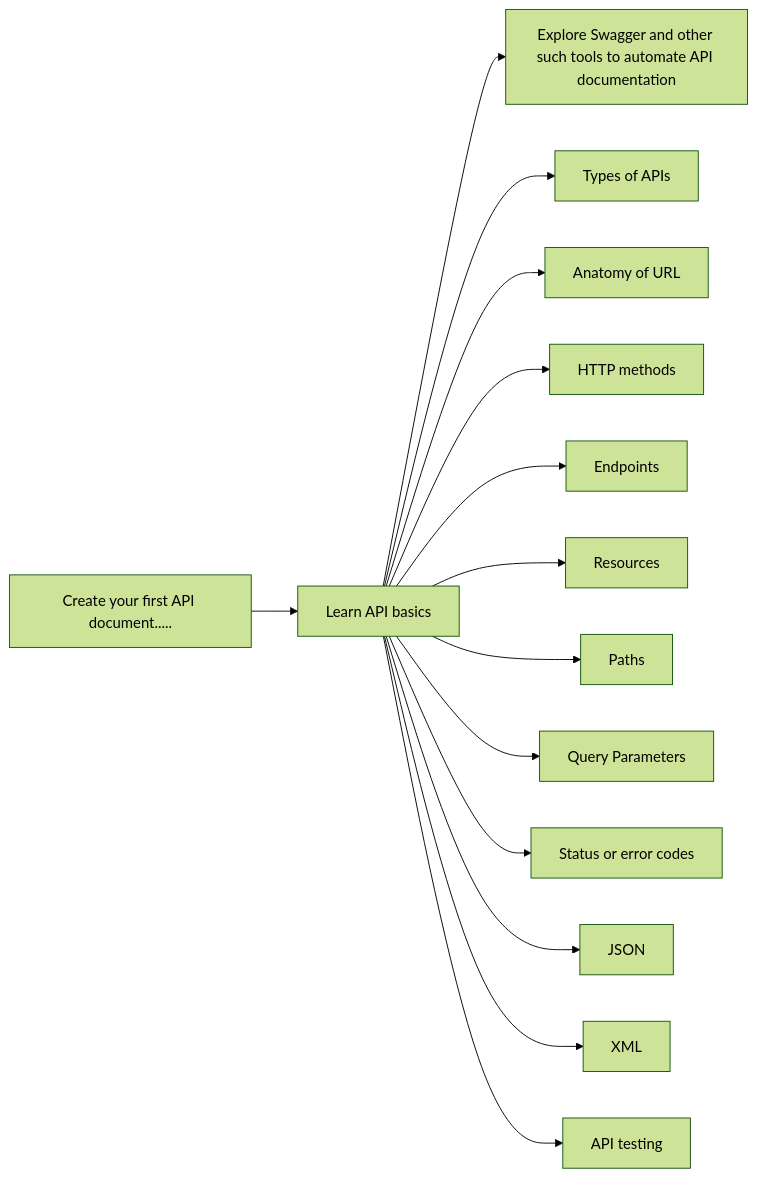
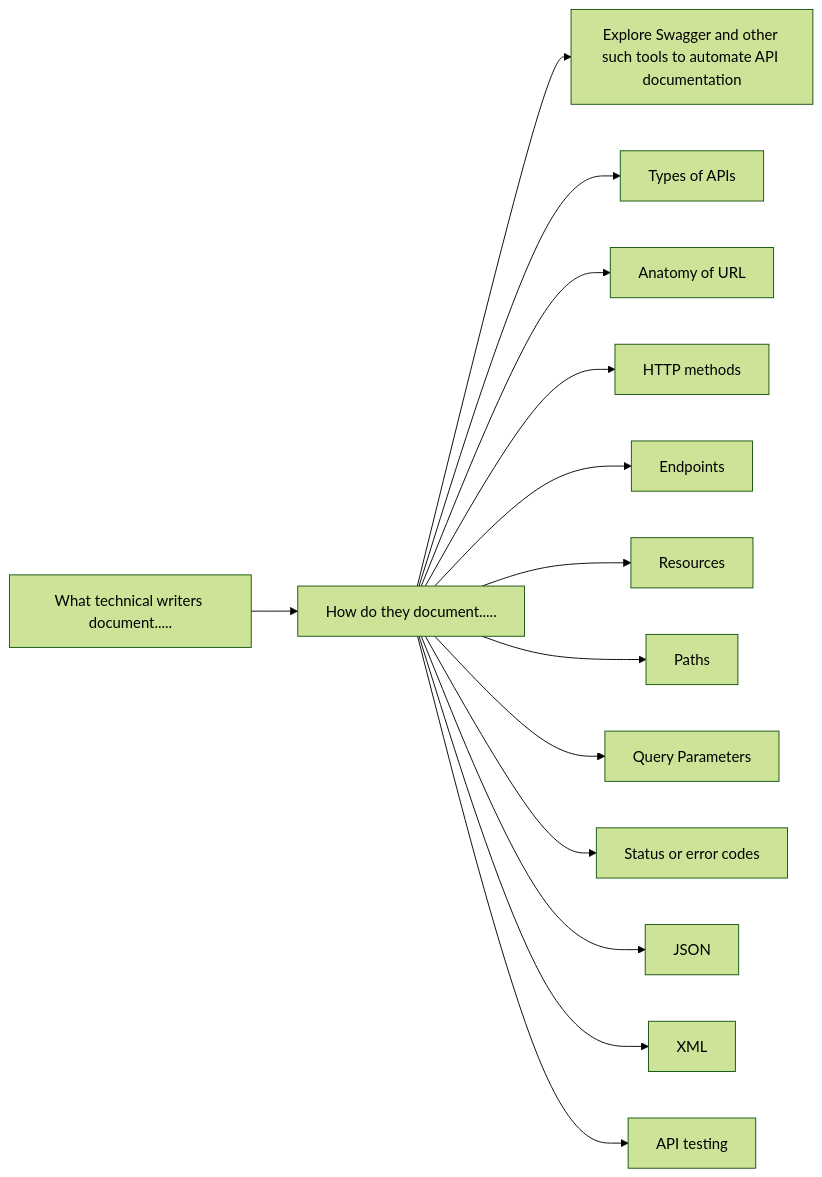
The diagram in index.md (gautriv/apidocumentation), drawn with Mermaid (forest theme) before and after one commit. The commit also changed 5 other files, not shown here.

```diff
--- a/index.md
+++ b/index.md
@@ -19,31 +19,31 @@
 <div class="mermaid">
   graph LR;  
-  flow1[Create your first API document.....];
-  flow2[Learn API basics];
+  flow1[What technical writers document.....];
+  flow2[How do they document.....];
   flow3[Explore Swagger and other such tools to automate API documentation];
   flow4[Types of APIs];
   flow5[Anatomy of URL];
   flow6[HTTP methods];
   flow7[Endpoints];
   flow8[Resources];
   flow9[Paths];
   flow10[Query Parameters];
   flow11[Status or error codes];
   flow12[JSON]
   flow13[XML]
   flow14[API testing];
 
   flow1-->flow2;
   flow2-->flow3;
   flow2-->flow4;
   flow2-->flow5;
   flow2-->flow6;
   flow2-->flow7;
   flow2-->flow8;
   flow2-->flow9;
   flow2-->flow10;
   flow2-->flow11;
   flow2-->flow12;
   flow2-->flow13;
   flow2-->flow14;
 </div>
```
